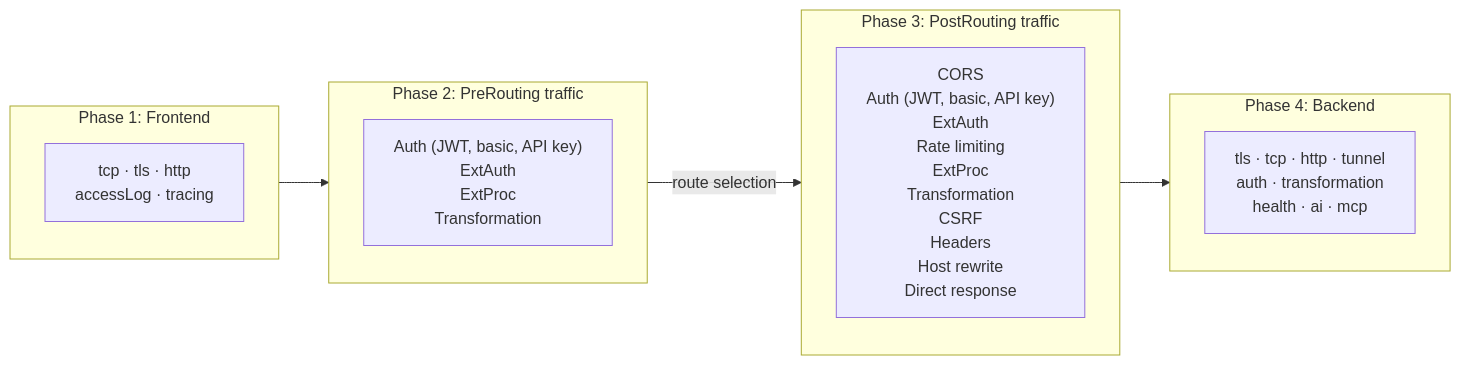
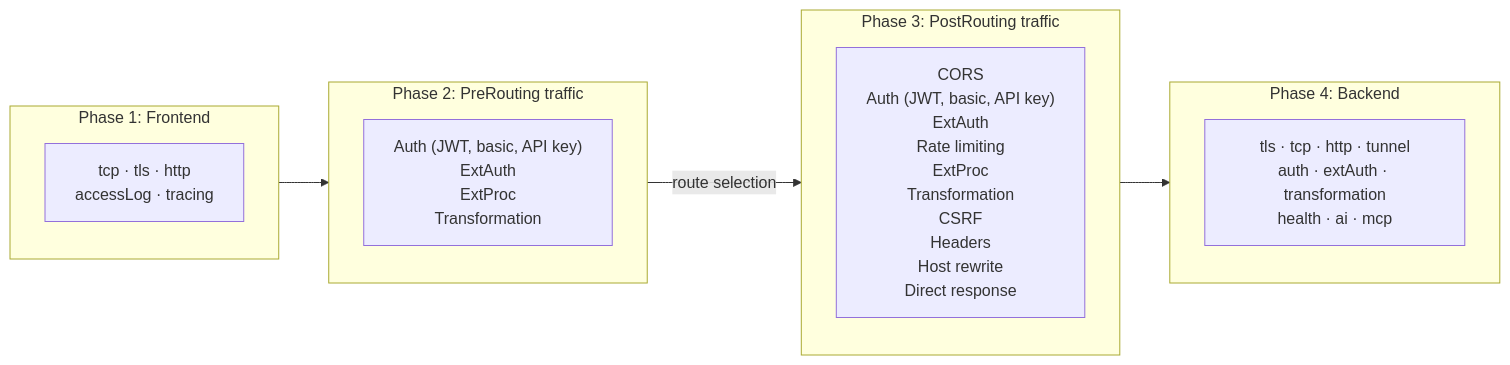
The diagram in assets/agw-docs/pages/agentgateway/about/processing-order.md (agentgateway/website), drawn with Mermaid before and after one commit. The commit also changed other lines of this file and 5 other files, not shown here.

Commit message:
Backend for ext auth

````diff
--- a/assets/agw-docs/pages/agentgateway/about/processing-order.md
+++ b/assets/agw-docs/pages/agentgateway/about/processing-order.md
@@ -5,26 +5,26 @@
 ```mermaid
 graph LR
     frontend
 
     subgraph frontend ["Phase 1: Frontend"]
         fe_fields["tcp · tls · http<br/>accessLog · tracing"]
     end
 
     frontend --> prerouting
 
     subgraph prerouting ["Phase 2: PreRouting traffic"]
         pr["Auth (JWT, basic, API key)<br/>ExtAuth<br/>ExtProc<br/>Transformation"]
     end
 
     prerouting -->|route selection| postrouting
 
     subgraph postrouting ["Phase 3: PostRouting traffic"]
         po["CORS<br/>Auth (JWT, basic, API key)<br/>ExtAuth<br/>Rate limiting<br/>ExtProc<br/>Transformation<br/>CSRF<br/>Headers<br/>Host rewrite<br/>Direct response"]
     end
 
     postrouting --> backend
 
     subgraph backend ["Phase 4: Backend"]
-        be_fields["tls · tcp · http · tunnel<br/>auth · transformation<br/>health · ai · mcp"]
+        be_fields["tls · tcp · http · tunnel<br/>auth · extAuth · transformation<br/>health · ai · mcp"]
     end
 ```
````
